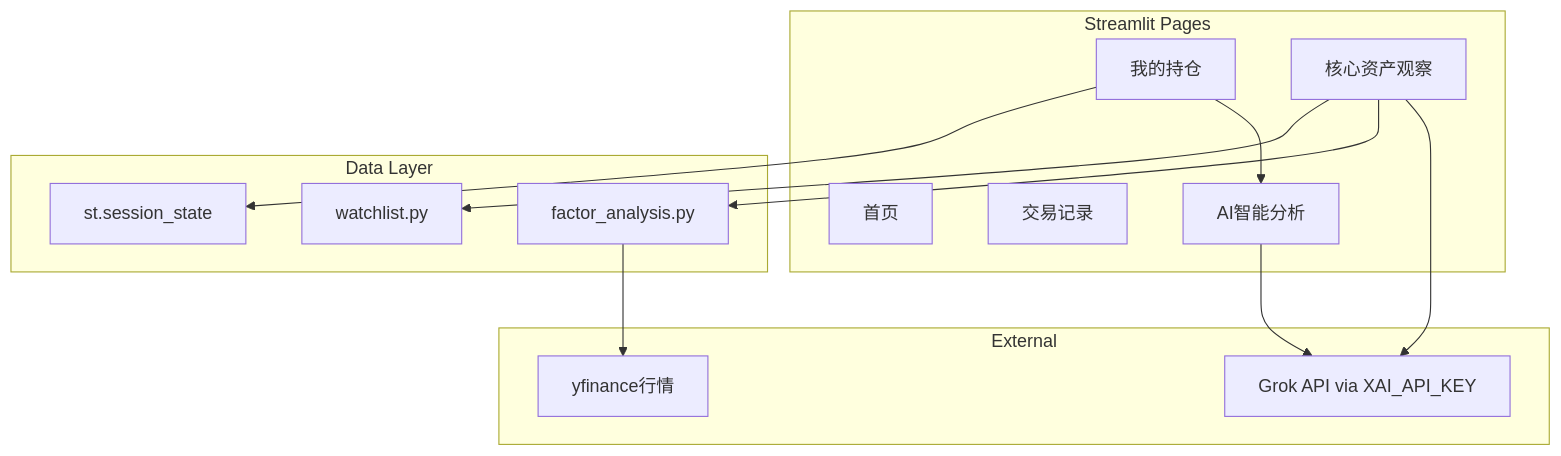
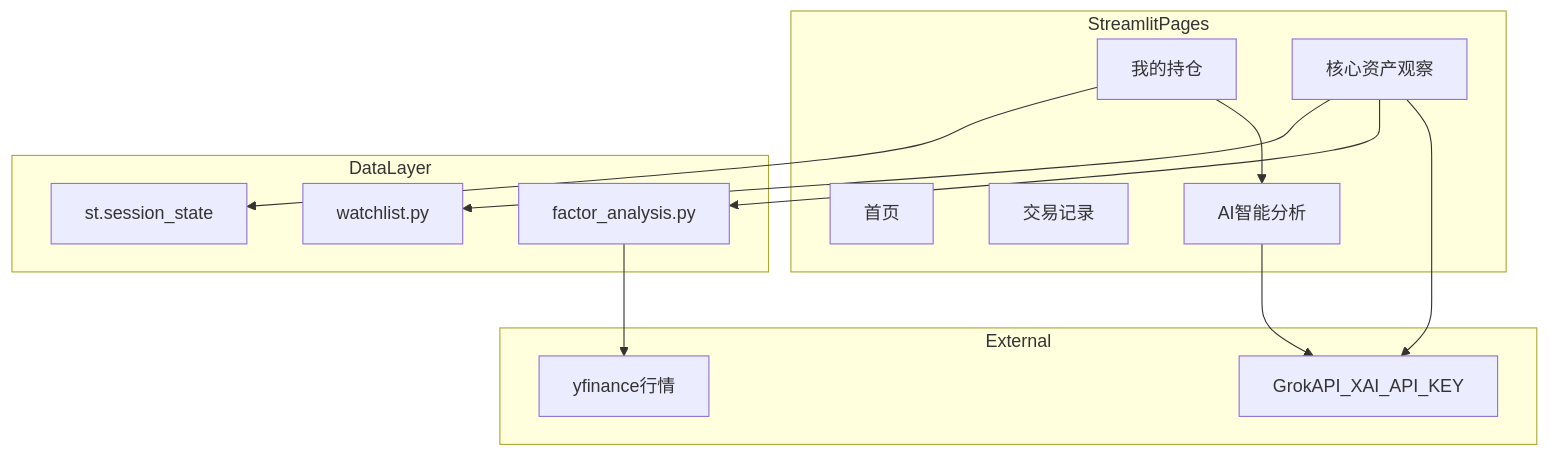
One commit to Alanc0414/personal-asset-manager changed the first of 2 diagrams in PROJECT_STATUS.md. Above: the diagram before and after it, drawn with Mermaid. The commit also changed other lines of this file and 4 other files, not shown here.

````diff
--- a/PROJECT_STATUS.md
+++ b/PROJECT_STATUS.md
@@ -26,29 +38,29 @@
 ```mermaid
 flowchart TB
-    subgraph pages [Streamlit Pages]
+    subgraph pages [StreamlitPages]
         home[首页]
         portfolio[我的持仓]
         watchlistPage[核心资产观察]
         trades[交易记录]
-        ai[AI智能分析]
+        aiPage[AI智能分析]
     end
 
-    subgraph data [Data Layer]
+    subgraph dataLayer [DataLayer]
         sessionState[st.session_state]
         watchlistPy[watchlist.py]
         factorPy[factor_analysis.py]
     end
 
     subgraph external [External]
-        yfinance[yfinance行情]
-        grok[Grok API via XAI_API_KEY]
+        yfinanceApi[yfinance行情]
+        grokApi[GrokAPI_XAI_API_KEY]
     end
 
     portfolio --> sessionState
     watchlistPage --> watchlistPy
     watchlistPage --> factorPy
-    factorPy --> yfinance
-    watchlistPage --> grok
-    ai --> grok
-    portfolio --> ai
+    factorPy --> yfinanceApi
+    watchlistPage --> grokApi
+    aiPage --> grokApi
+    portfolio --> aiPage
 ```
````
